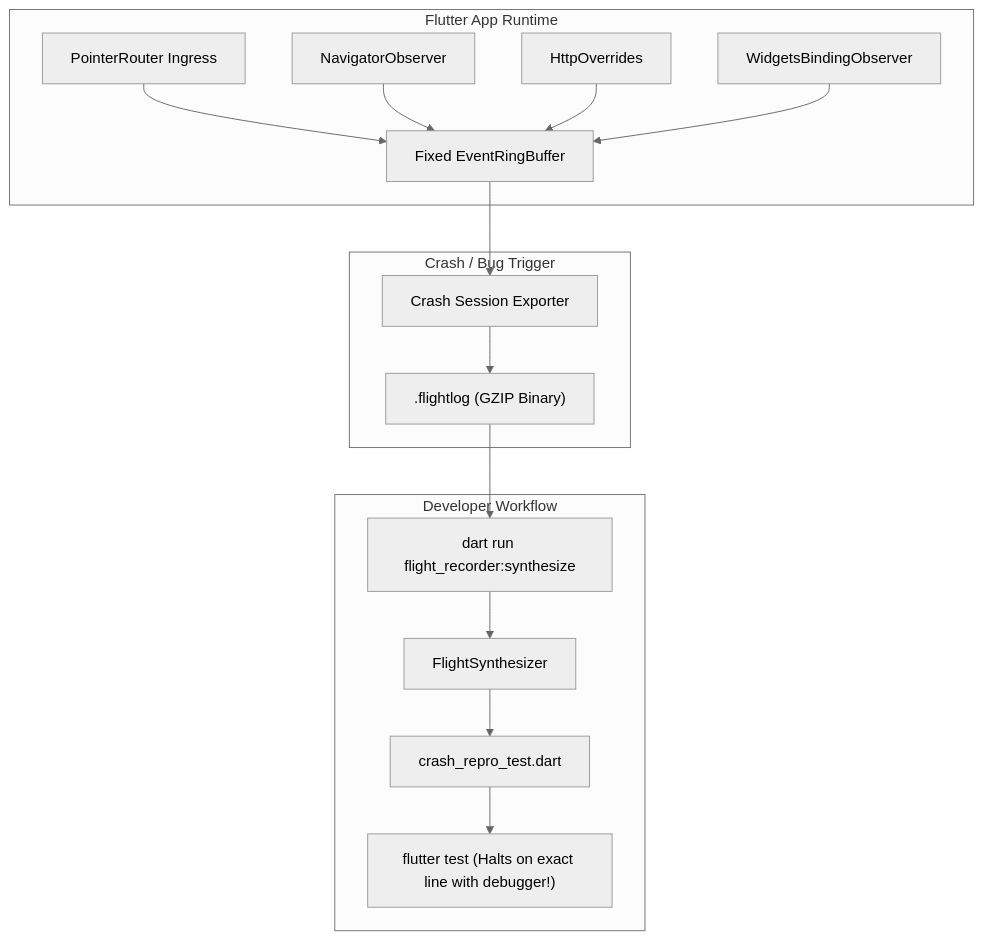
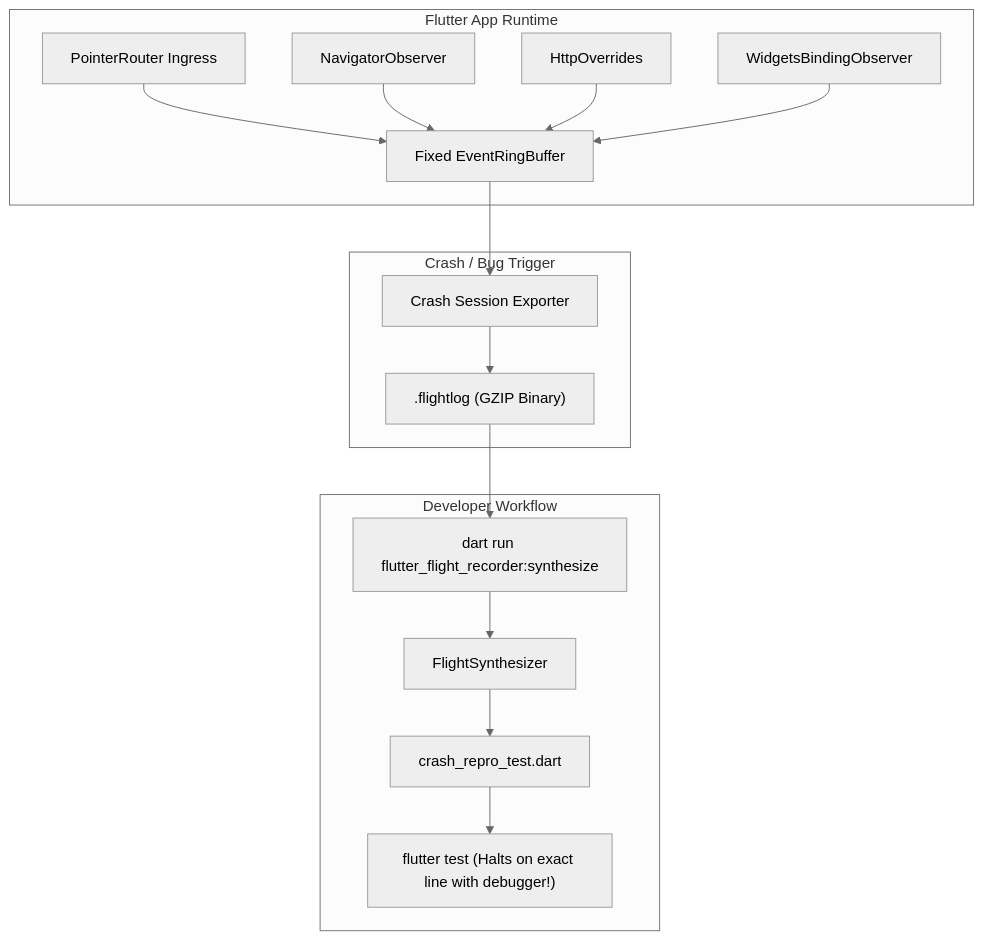
One commit to syntax-error002/flight_recorder changed the diagram in README.md. Above: the diagram before and after it, drawn with Mermaid (neutral theme). The commit also changed other lines of this file and 17 other files, not shown here.

Commit message:
chore: rename package to flutter_flight_recorder for pub.dev availability

````diff
--- a/README.md
+++ b/README.md
@@ -43,21 +43,21 @@
 ```mermaid
 flowchart TD
     subgraph Flutter App Runtime
         P[PointerRouter Ingress] --> RB[Fixed EventRingBuffer]
         N[NavigatorObserver] --> RB
         H[HttpOverrides] --> RB
         L[WidgetsBindingObserver] --> RB
     end
 
     subgraph Crash / Bug Trigger
         RB --> Dump[Crash Session Exporter]
         Dump --> Log[".flightlog (GZIP Binary)"]
     end
 
     subgraph Developer Workflow
-        Log --> CLI["dart run flight_recorder:synthesize"]
+        Log --> CLI["dart run flutter_flight_recorder:synthesize"]
         CLI --> Synthesizer[FlightSynthesizer]
         Synthesizer --> DartTest["crash_repro_test.dart"]
         DartTest --> Replay["flutter test (Halts on exact line with debugger!)"]
     end
 ```
````
